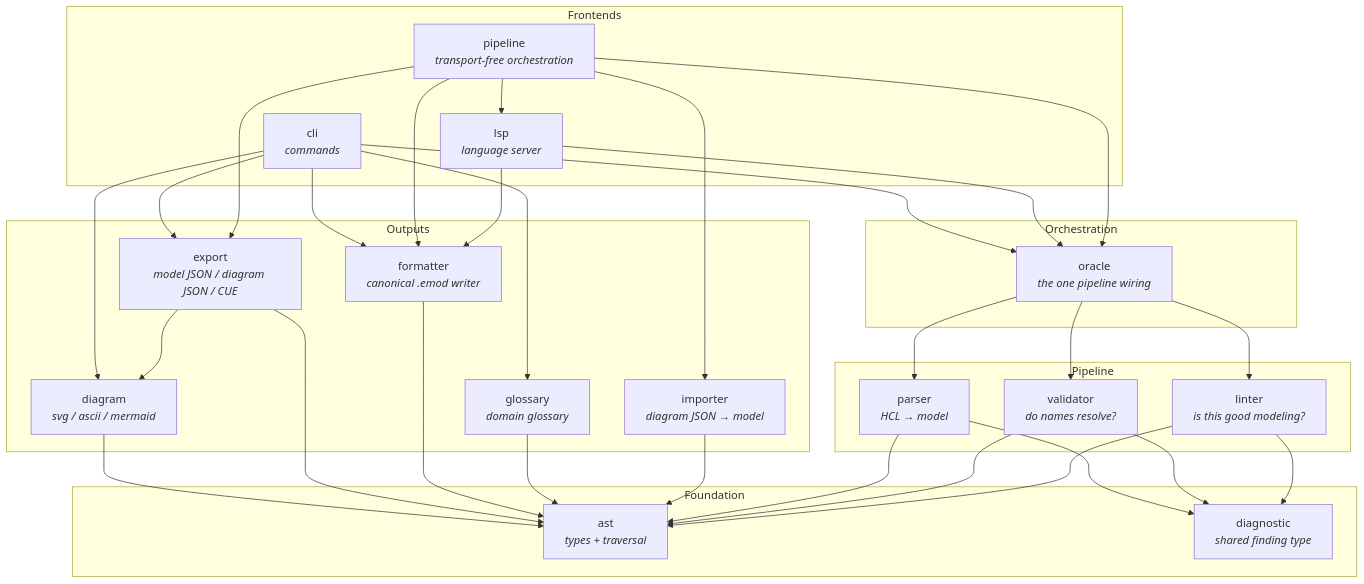
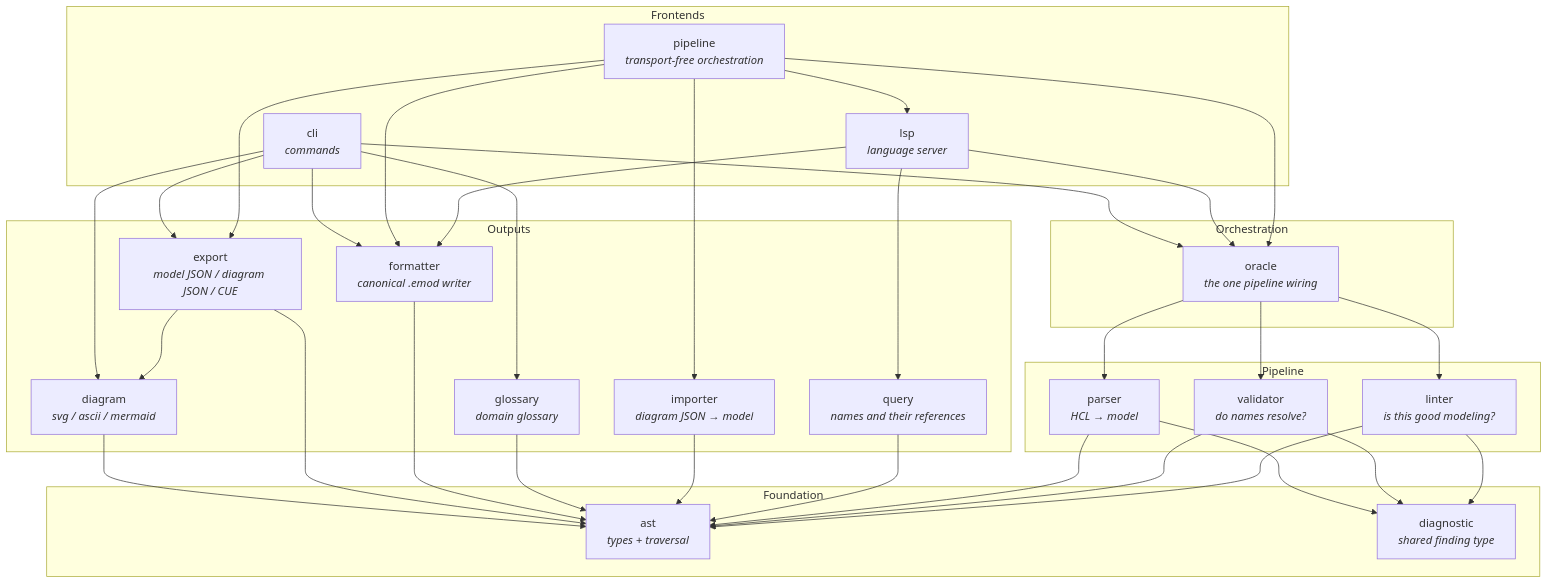
Before and after one commit to hpcsc/emod: the first of 4 diagrams in docs/architecture.md, drawn with Mermaid. The commit also changed other lines of this file and 7 other files, not shown here.

````diff
--- a/docs/architecture.md
+++ b/docs/architecture.md
@@ -30,62 +30,65 @@
 ```mermaid
 graph TD
     subgraph Frontends
         cli[cli<br/><i>commands</i>]
         lsp[lsp<br/><i>language server</i>]
         pipeline[pipeline<br/><i>transport-free orchestration</i>]
     end
 
     subgraph Orchestration
         oracle[oracle<br/><i>the one pipeline wiring</i>]
     end
 
     subgraph Outputs
         diagram[diagram<br/><i>svg / ascii / mermaid</i>]
         export[export<br/><i>model JSON / diagram JSON / CUE</i>]
         formatter[formatter<br/><i>canonical .emod writer</i>]
         glossary[glossary<br/><i>domain glossary</i>]
         importer[importer<br/><i>diagram JSON → model</i>]
+        query[query<br/><i>names and their references</i>]
     end
 
     subgraph Pipeline
         parser[parser<br/><i>HCL → model</i>]
         validator[validator<br/><i>do names resolve?</i>]
         linter[linter<br/><i>is this good modeling?</i>]
     end
 
     subgraph Foundation
         ast[ast<br/><i>types + traversal</i>]
         diagnostic[diagnostic<br/><i>shared finding type</i>]
     end
 
     cli --> oracle
     lsp --> oracle
     pipeline --> oracle
     cli --> diagram
     cli --> export
     cli --> formatter
     cli --> glossary
+    lsp --> query
     pipeline --> export
     pipeline --> importer
     pipeline --> formatter
     pipeline --> lsp
     lsp --> formatter
 
     oracle --> parser
     oracle --> validator
     oracle --> linter
 
     export --> diagram
     diagram --> ast
     export --> ast
     formatter --> ast
     glossary --> ast
     importer --> ast
+    query --> ast
 
     parser --> diagnostic
     parser --> ast
     validator --> ast
     linter --> ast
     validator --> diagnostic
     linter --> diagnostic
 ```
````
